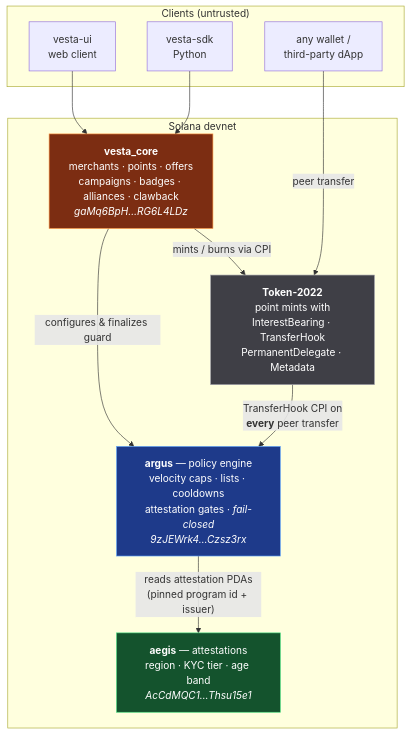
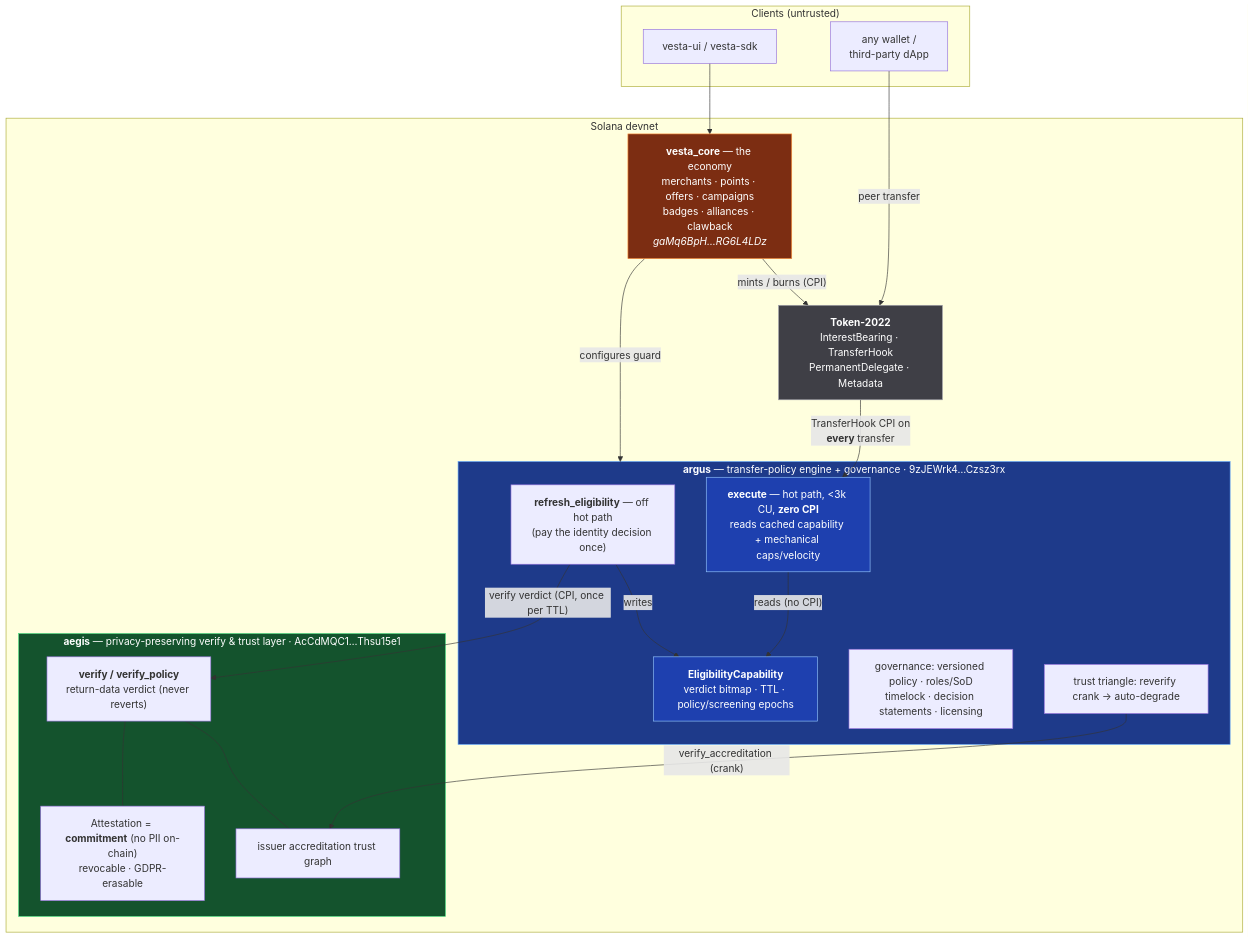
Before and after one commit to ivasik-k7/vesta-core: the first of 6 diagrams in README.md, drawn with Mermaid. The commit also changed other lines of this file, not shown here.

First line of the commit message:
docs(readme): architecture + flow diagrams reflect the current aegis↔argus model

````diff
--- a/README.md
+++ b/README.md
@@ -152,28 +157,45 @@
 ```mermaid
 flowchart TB
     subgraph clients["Clients (untrusted)"]
-        UI["vesta-ui<br/>web client"]
-        SDK["vesta-sdk<br/>Python"]
+        UI["vesta-ui / vesta-sdk"]
         WALLET["any wallet /<br/>third-party dApp"]
     end
 
     subgraph chain["Solana devnet"]
-        CORE["<b>vesta_core</b><br/>merchants · points · offers<br/>campaigns · badges · alliances · clawback<br/><i>gaMq6BpH…RG6L4LDz</i>"]
-        T22["<b>Token-2022</b><br/>point mints with<br/>InterestBearing · TransferHook<br/>PermanentDelegate · Metadata"]
-        ARGUS["<b>argus</b> — policy engine<br/>velocity caps · lists · cooldowns<br/>attestation gates · <i>fail-closed</i><br/><i>9zJEWrk4…Czsz3rx</i>"]
-        AEGIS["<b>aegis</b> — attestations<br/>region · KYC tier · age band<br/><i>AcCdMQC1…Thsu15e1</i>"]
+        CORE["<b>vesta_core</b> — the economy<br/>merchants · points · offers · campaigns<br/>badges · alliances · clawback<br/><i>gaMq6BpH…RG6L4LDz</i>"]
+        T22["<b>Token-2022</b><br/>InterestBearing · TransferHook<br/>PermanentDelegate · Metadata"]
+
+        subgraph argusbox["<b>argus</b> — transfer-policy engine + governance · 9zJEWrk4…Czsz3rx"]
+            EX["<b>execute</b> — hot path, &lt;3k CU, <b>zero CPI</b><br/>reads cached capability + mechanical caps/velocity"]
+            CAP["<b>EligibilityCapability</b><br/>verdict bitmap · TTL · policy/screening epochs"]
+            RF["<b>refresh_eligibility</b> — off hot path<br/>(pay the identity decision once)"]
+            GOV["governance: versioned policy · roles/SoD<br/>timelock · decision statements · licensing"]
+            TRI["trust triangle: reverify crank → auto-degrade"]
+        end
+
+        subgraph aegisbox["<b>aegis</b> — privacy-preserving verify &amp; trust layer · AcCdMQC1…Thsu15e1"]
+            VER["<b>verify / verify_policy</b><br/>return-data verdict (never reverts)"]
+            ATT["Attestation = <b>commitment</b> (no PII on-chain)<br/>revocable · GDPR-erasable"]
+            ACC["issuer accreditation trust graph"]
+        end
     end
 
     UI --> CORE
-    SDK --> CORE
     WALLET -- "peer transfer" --> T22
-    CORE -- "mints / burns via CPI" --> T22
-    CORE -- "configures & finalizes guard" --> ARGUS
-    T22 -- "TransferHook CPI on<br/><b>every</b> peer transfer" --> ARGUS
-    ARGUS -- "reads attestation PDAs<br/>(pinned program id + issuer)" --> AEGIS
+    CORE -- "mints / burns (CPI)" --> T22
+    CORE -- "configures guard" --> argusbox
+    T22 -- "TransferHook CPI on<br/><b>every</b> transfer" --> EX
+    EX -- "reads (no CPI)" --> CAP
+    RF -- "writes" --> CAP
+    RF -- "verify verdict (CPI, once per TTL)" --> VER
+    TRI -- "verify_accreditation (crank)" --> ACC
+    VER --- ATT
+    VER --- ACC
 
     style CORE fill:#7c2d12,stroke:#fb923c,color:#fff
-    style ARGUS fill:#1e3a8a,stroke:#60a5fa,color:#fff
-    style AEGIS fill:#14532d,stroke:#4ade80,color:#fff
+    style argusbox fill:#1e3a8a,stroke:#60a5fa,color:#fff
+    style aegisbox fill:#14532d,stroke:#4ade80,color:#fff
+    style EX fill:#1e40af,stroke:#93c5fd,color:#fff
+    style CAP fill:#1e40af,stroke:#93c5fd,color:#fff
     style T22 fill:#3f3f46,stroke:#a1a1aa,color:#fff
 ```
````
